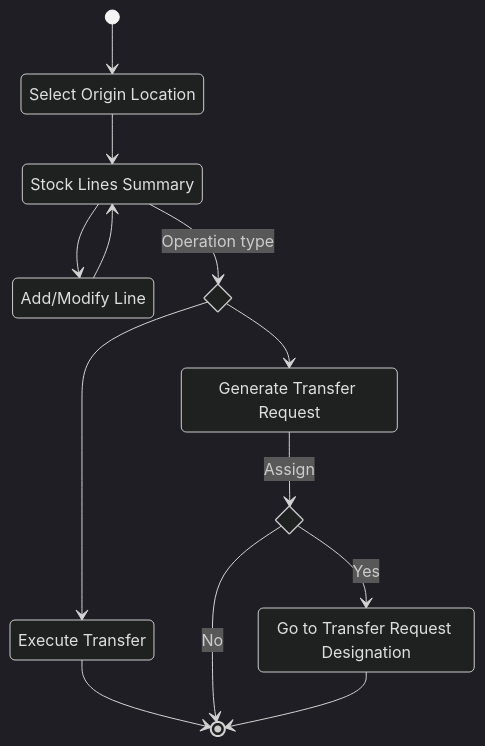
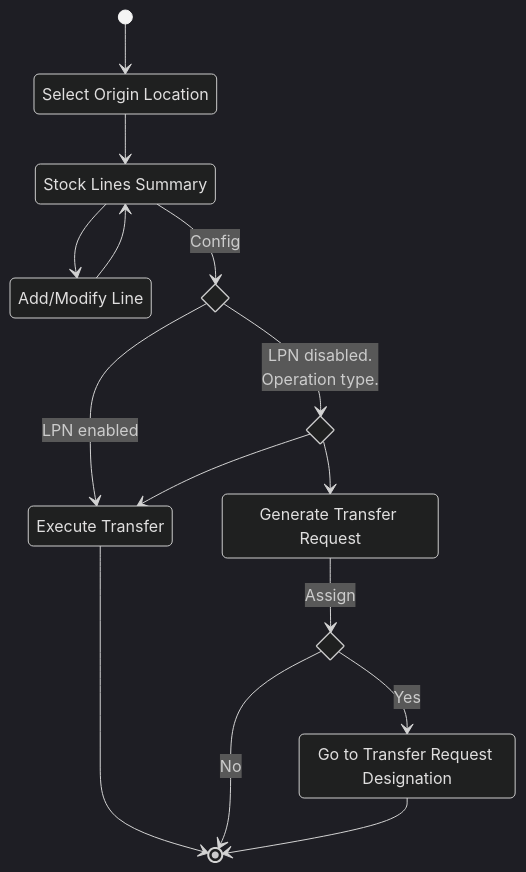
The diagram in docs/apps/putaway.md (theonewhowritesthedocs/lwms-docs), drawn with Mermaid (dark theme) before and after one commit. The commit also changed other lines of this file and 18 other files, not shown here.

````diff
--- a/docs/apps/putaway.md
+++ b/docs/apps/putaway.md
@@ -13,28 +15,30 @@
 ```mermaid
 stateDiagram-v2
     state "Select Origin Location" as select_origin_location
     state "Stock Lines Summary" as stock
     state "Add/Modify Line" as select_stock
     state "Generate Transfer Request" as generate_transfer_req
     state "Go to Transfer Request Designation" as transfer_req_designation
     state "Execute Transfer" as exec_transfer
 
-    state if_finish_op <<choice>>
+    state if_finish_op1 <<choice>>
+    state if_finish_op2 <<choice>>
     state if_transfer_req_designation <<choice>>
 
     [*] --> select_origin_location
     select_origin_location --> stock
     stock --> select_stock
     select_stock --> stock
 
     
-    stock --> if_finish_op: Operation type
-    if_finish_op --> exec_transfer
+    stock --> if_finish_op1: Config
+    if_finish_op1 --> if_finish_op2: LPN disabled. <br> Operation type.
+    if_finish_op1 --> exec_transfer: LPN enabled
+    if_finish_op2 --> exec_transfer
     exec_transfer --> [*]
-
-    if_finish_op --> generate_transfer_req
+    if_finish_op2 --> generate_transfer_req
     generate_transfer_req --> if_transfer_req_designation:  Assign
     if_transfer_req_designation --> transfer_req_designation: Yes
     if_transfer_req_designation --> [*]: No
     transfer_req_designation --> [*]
 ```
````
